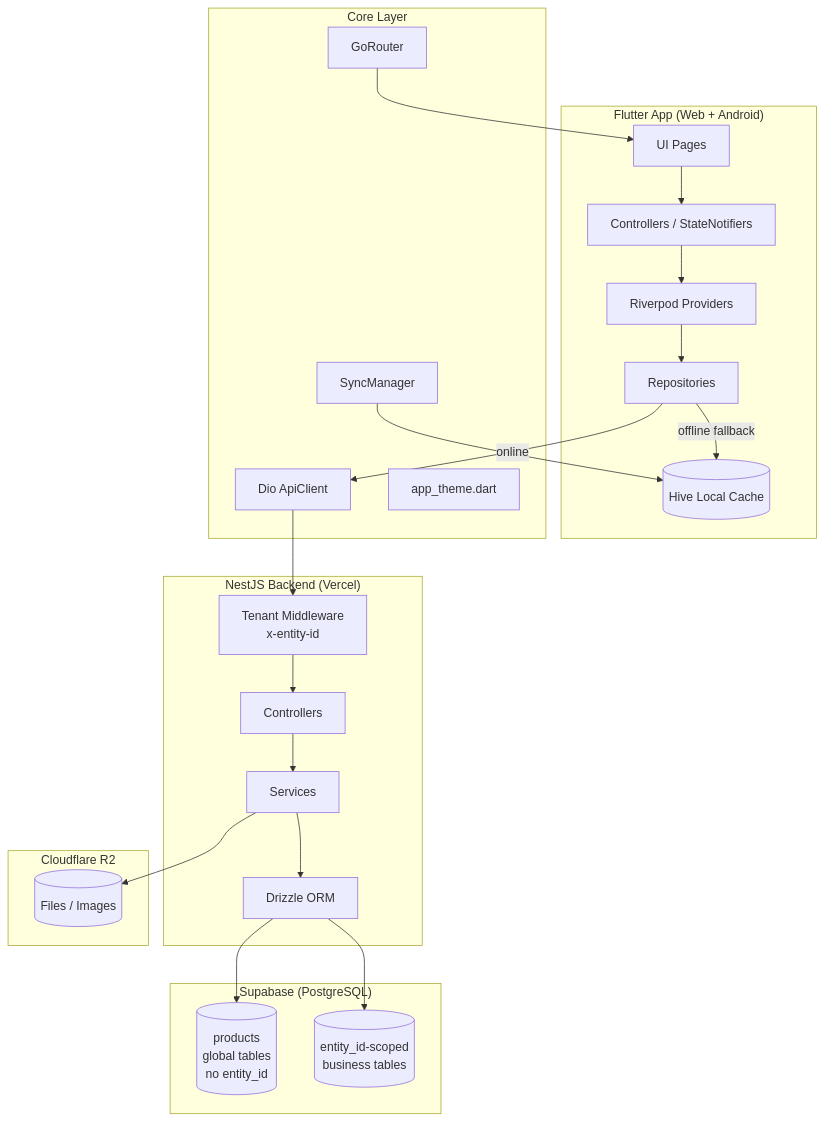
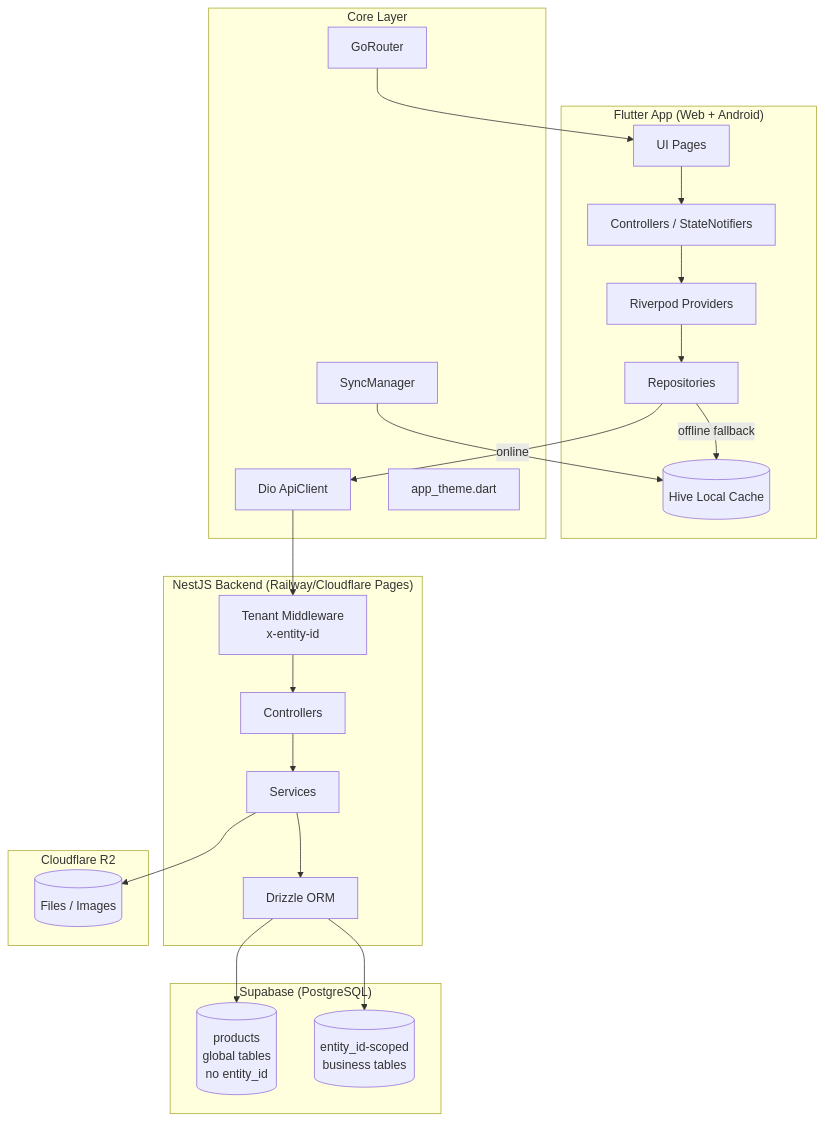
Before and after one commit to ARUNTHOMAS3/trans: the first of 4 diagrams in docs/flows/00_system_overview.md, drawn with Mermaid. The commit also changed other lines of this file and 1490 other files, not shown here.

````diff
--- a/docs/flows/00_system_overview.md
+++ b/docs/flows/00_system_overview.md
@@ -5,48 +5,48 @@
 ```mermaid
 graph TD
     subgraph FLUTTER["Flutter App (Web + Android)"]
         UI[UI Pages]
         CTRL[Controllers / StateNotifiers]
         PROV[Riverpod Providers]
         REPO[Repositories]
         HIVE[(Hive Local Cache)]
     end
 
     subgraph CORE["Core Layer"]
         ROUTER[GoRouter]
         DIO[Dio ApiClient]
         THEME[app_theme.dart]
         SYNC[SyncManager]
     end
 
-    subgraph BACKEND["NestJS Backend (Vercel)"]
+    subgraph BACKEND["NestJS Backend (Railway/Cloudflare Pages)"]
         MW[Tenant Middleware\nx-entity-id]
         CTRL_BE[Controllers]
         SVC[Services]
         DRIZZLE[Drizzle ORM]
     end
 
     subgraph DB["Supabase (PostgreSQL)"]
         GLOBAL[(products\nglobal tables\nno entity_id)]
         TENANT[(entity_id-scoped\nbusiness tables)]
     end
 
     subgraph STORAGE["Cloudflare R2"]
         FILES[(Files / Images)]
     end
 
     UI --> CTRL
     CTRL --> PROV
     PROV --> REPO
     REPO -->|online| DIO
     REPO -->|offline fallback| HIVE
     DIO --> MW
     MW --> CTRL_BE
     CTRL_BE --> SVC
     SVC --> DRIZZLE
     DRIZZLE --> GLOBAL
     DRIZZLE --> TENANT
     SVC --> FILES
     SYNC --> HIVE
     ROUTER --> UI
 ```
````
